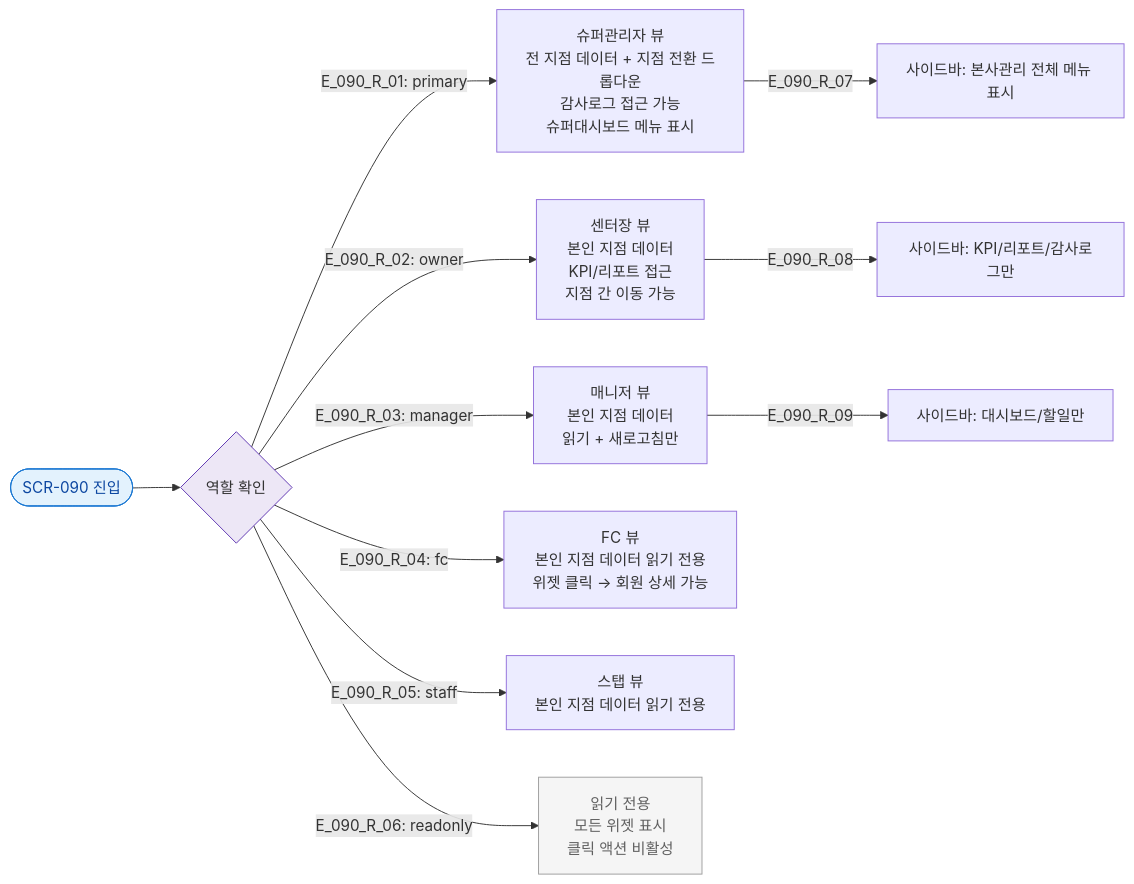
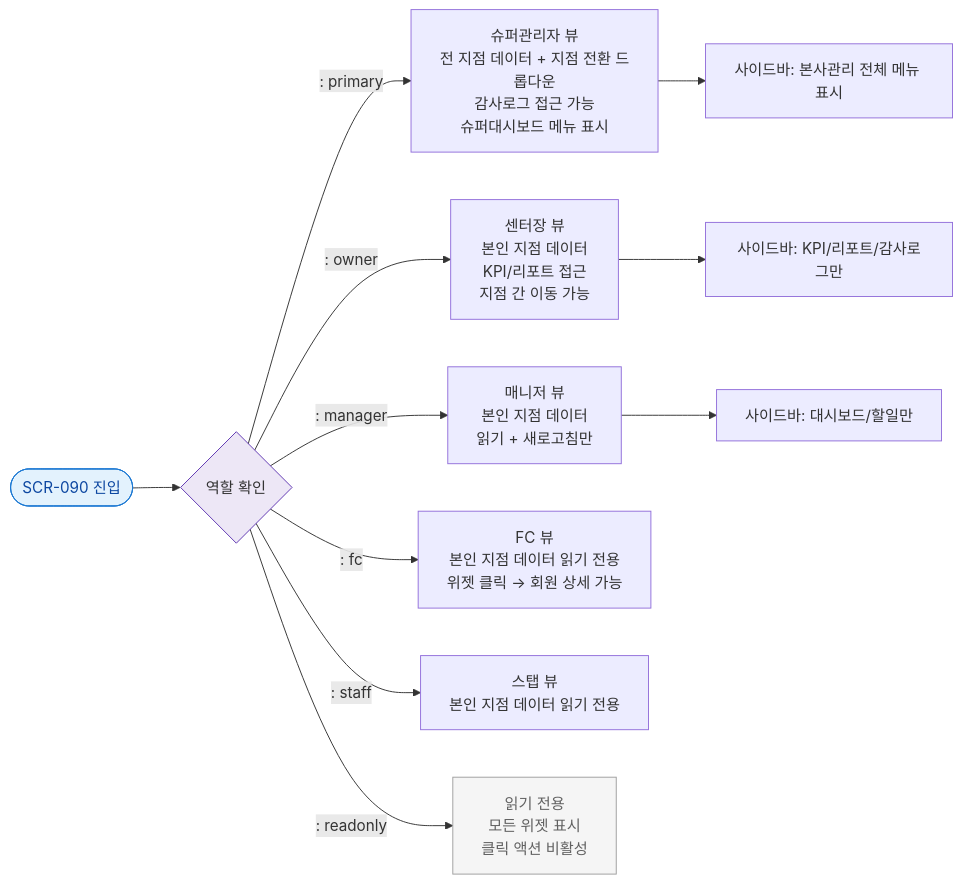
One commit to dev-spogym/admin-pando changed the diagram in docs/다이어그램/D10_본사관리/SCR-090_본사대시보드/F7_권한.md. Above: the diagram before and after it, drawn with Mermaid. The commit also changed other lines of this file and 1660 other files, not shown here.

First line of the commit message:
다이어그램: 기획자/클라이언트 납품본으로 정리

````diff
--- a/docs/다이어그램/D10_본사관리/SCR-090_본사대시보드/F7_권한.md
+++ b/docs/다이어그램/D10_본사관리/SCR-090_본사대시보드/F7_권한.md
@@ -14,23 +12,23 @@
 ```mermaid
 flowchart LR
   Entry([SCR-090 진입]) --> RoleCheck{역할 확인}
 
-  RoleCheck -->|"E_090_R_01: primary"| PrimaryView[슈퍼관리자 뷰\n전 지점 데이터 + 지점 전환 드롭다운\n감사로그 접근 가능\n슈퍼대시보드 메뉴 표시]
-  RoleCheck -->|"E_090_R_02: owner"| OwnerView[센터장 뷰\n본인 지점 데이터\n KPI/리포트 접근\n지점 간 이동 가능]
-  RoleCheck -->|"E_090_R_03: manager"| ManagerView[매니저 뷰\n본인 지점 데이터\n읽기 + 새로고침만]
-  RoleCheck -->|"E_090_R_04: fc"| FcView[FC 뷰\n본인 지점 데이터 읽기 전용\n위젯 클릭 → 회원 상세 가능]
-  RoleCheck -->|"E_090_R_05: staff"| StaffView[스탭 뷰\n본인 지점 데이터 읽기 전용]
-  RoleCheck -->|"E_090_R_06: readonly"| ReadonlyView[읽기 전용\n모든 위젯 표시\n클릭 액션 비활성]
+  RoleCheck -->|": primary"|PrimaryView[슈퍼관리자 뷰\n전 지점 데이터 + 지점 전환 드롭다운\n감사로그 접근 가능\n슈퍼대시보드 메뉴 표시]
+  RoleCheck -->|": owner"|OwnerView[센터장 뷰\n본인 지점 데이터\n KPI/리포트 접근\n지점 간 이동 가능]
+  RoleCheck -->|": manager"|ManagerView[매니저 뷰\n본인 지점 데이터\n읽기 + 새로고침만]
+  RoleCheck -->|": fc"|FcView[FC 뷰\n본인 지점 데이터 읽기 전용\n위젯 클릭 → 회원 상세 가능]
+  RoleCheck -->|": staff"|StaffView[스탭 뷰\n본인 지점 데이터 읽기 전용]
+  RoleCheck -->|": readonly"|ReadonlyView[읽기 전용\n모든 위젯 표시\n클릭 액션 비활성]
 
-  PrimaryView -->|E_090_R_07| SuperMenu[사이드바: 본사관리 전체 메뉴 표시]
-  OwnerView -->|E_090_R_08| LimitedMenu[사이드바: KPI/리포트/감사로그만]
-  ManagerView -->|E_090_R_09| BasicMenu[사이드바: 대시보드/할일만]
+  PrimaryView --> SuperMenu[사이드바: 본사관리 전체 메뉴 표시]
+  OwnerView --> LimitedMenu[사이드바: KPI/리포트/감사로그만]
+  ManagerView --> BasicMenu[사이드바: 대시보드/할일만]
 
   classDef screen fill:#E3F2FD,stroke:#1976D2,color:#0D47A1
   classDef system fill:#EDE7F6,stroke:#5E35B2
   classDef rbacBlocked fill:#F5F5F5,stroke:#9E9E9E,color:#616161
 
   class Entry screen
   class RoleCheck system
   class ReadonlyView rbacBlocked
 ```
````
